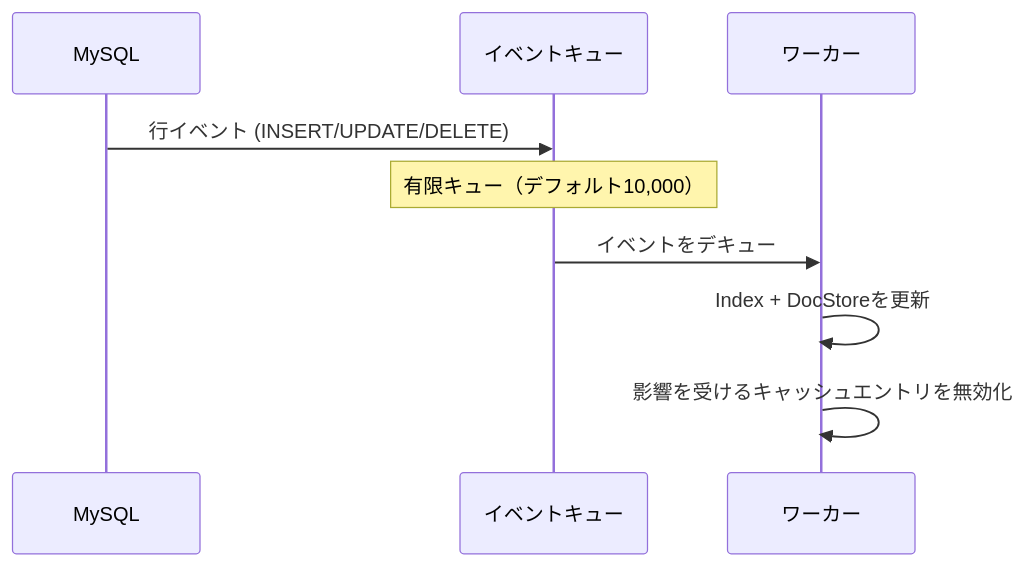
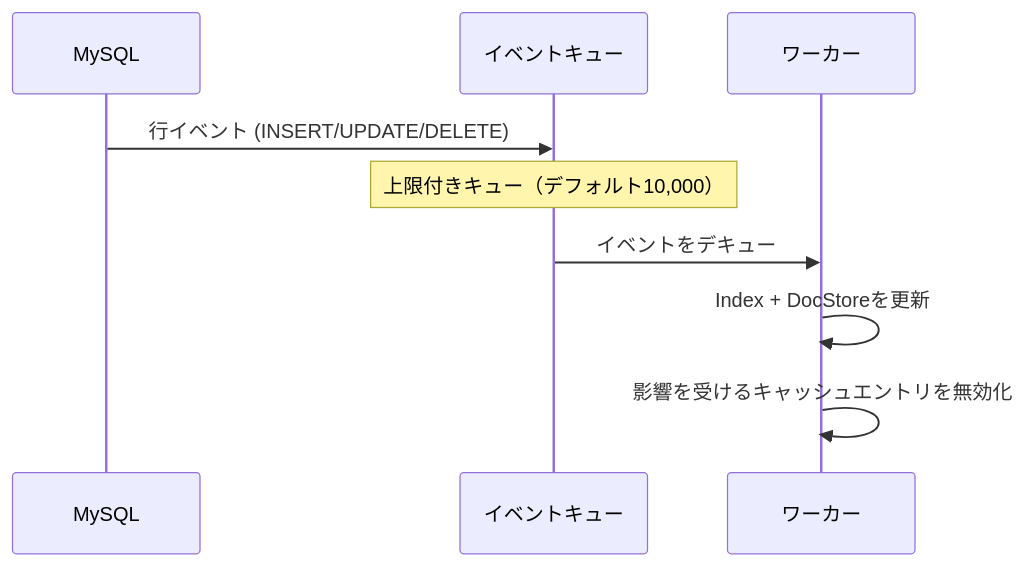
The third of 6 diagrams in src/ja/docs/architecture.md (libraz/mygramdb-homepage), drawn with Mermaid before and after one commit. The commit also changed other lines of this file and 52 other files, not shown here.

````diff
--- a/src/ja/docs/architecture.md
+++ b/src/ja/docs/architecture.md
@@ -70,11 +74,11 @@
 ```mermaid
 sequenceDiagram
     participant M as MySQL
     participant Q as イベントキュー
     participant W as ワーカー
     M->>Q: 行イベント (INSERT/UPDATE/DELETE)
-    Note over Q: 有限キュー（デフォルト10,000）
+    Note over Q: 上限付きキュー（デフォルト10,000）
     Q->>W: イベントをデキュー
     W->>W: Index + DocStoreを更新
     W->>W: 影響を受けるキャッシュエントリを無効化
 ```
````
